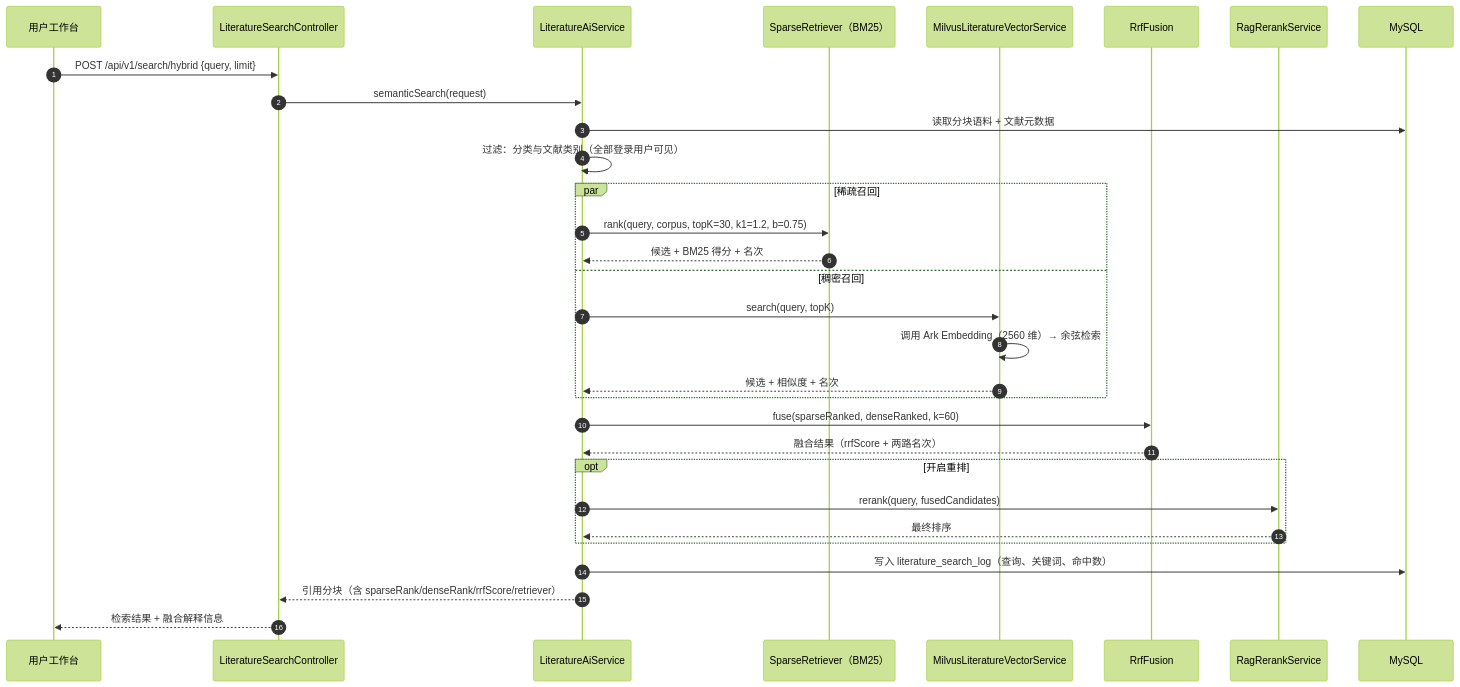
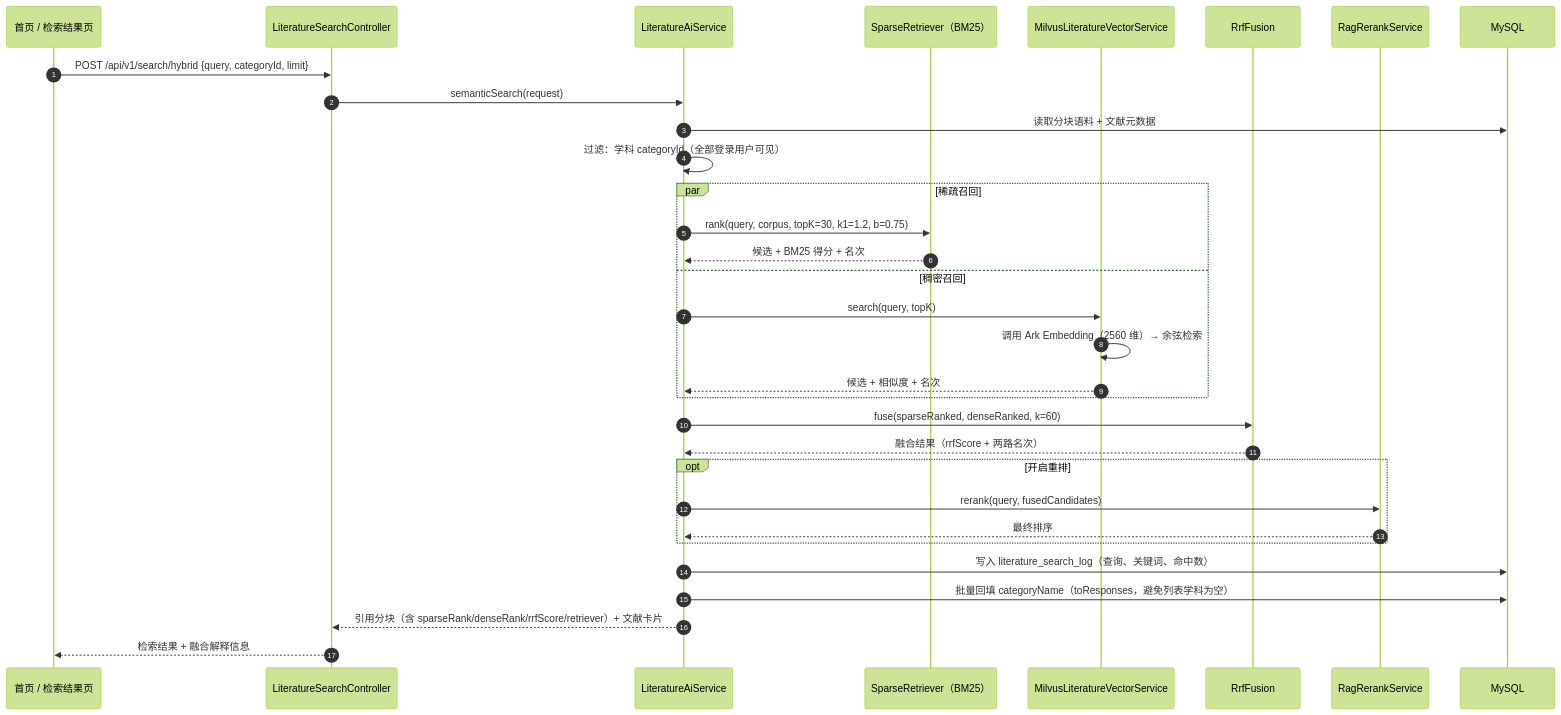
One commit to MaouXY/ScholarMind changed the seventh of 14 diagrams in doc/AI图书馆文献检索与阅读助手-05-设计图表.md. Above: the diagram before and after it, drawn with Mermaid (forest theme). The commit also changed other lines of this file and 46 other files, not shown here.

````diff
--- a/doc/AI图书馆文献检索与阅读助手-05-设计图表.md
+++ b/doc/AI图书馆文献检索与阅读助手-05-设计图表.md
@@ -405,34 +426,35 @@
 ```mermaid
 sequenceDiagram
     autonumber
-    participant U as 用户工作台
+    participant U as 首页 / 检索结果页
     participant C as LiteratureSearchController
     participant S as LiteratureAiService
     participant SP as SparseRetriever（BM25）
     participant MV as MilvusLiteratureVectorService
     participant RF as RrfFusion
     participant RK as RagRerankService
     participant DB as MySQL
 
-    U->>C: POST /api/v1/search/hybrid {query, limit}
+    U->>C: POST /api/v1/search/hybrid {query, categoryId, limit}
     C->>S: semanticSearch(request)
     S->>DB: 读取分块语料 + 文献元数据
-    S->>S: 过滤：分类与文献类别（全部登录用户可见）
+    S->>S: 过滤：学科 categoryId（全部登录用户可见）
     par 稀疏召回
         S->>SP: rank(query, corpus, topK=30, k1=1.2, b=0.75)
         SP-->>S: 候选 + BM25 得分 + 名次
     and 稠密召回
         S->>MV: search(query, topK)
         MV->>MV: 调用 Ark Embedding（2560 维）→ 余弦检索
         MV-->>S: 候选 + 相似度 + 名次
     end
     S->>RF: fuse(sparseRanked, denseRanked, k=60)
     RF-->>S: 融合结果（rrfScore + 两路名次）
     opt 开启重排
         S->>RK: rerank(query, fusedCandidates)
         RK-->>S: 最终排序
     end
     S->>DB: 写入 literature_search_log（查询、关键词、命中数）
-    S-->>C: 引用分块（含 sparseRank/denseRank/rrfScore/retriever）
+    S->>DB: 批量回填 categoryName（toResponses，避免列表学科为空）
+    S-->>C: 引用分块（含 sparseRank/denseRank/rrfScore/retriever）+ 文献卡片
     C-->>U: 检索结果 + 融合解释信息
 ```
````
